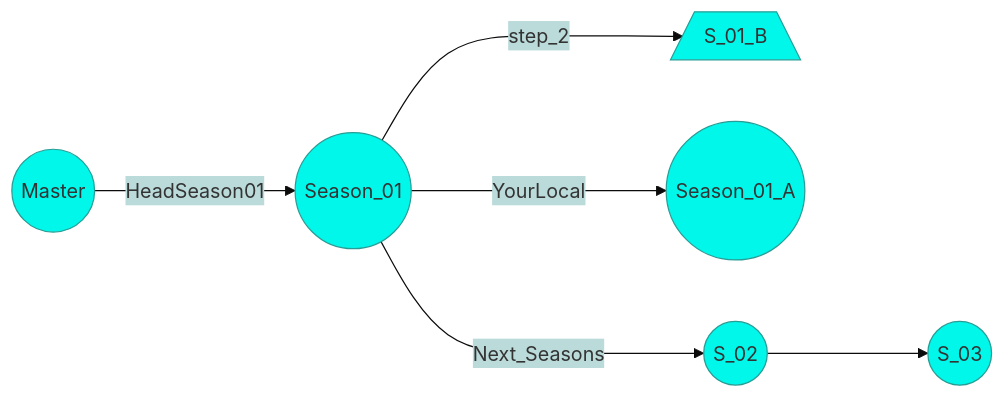
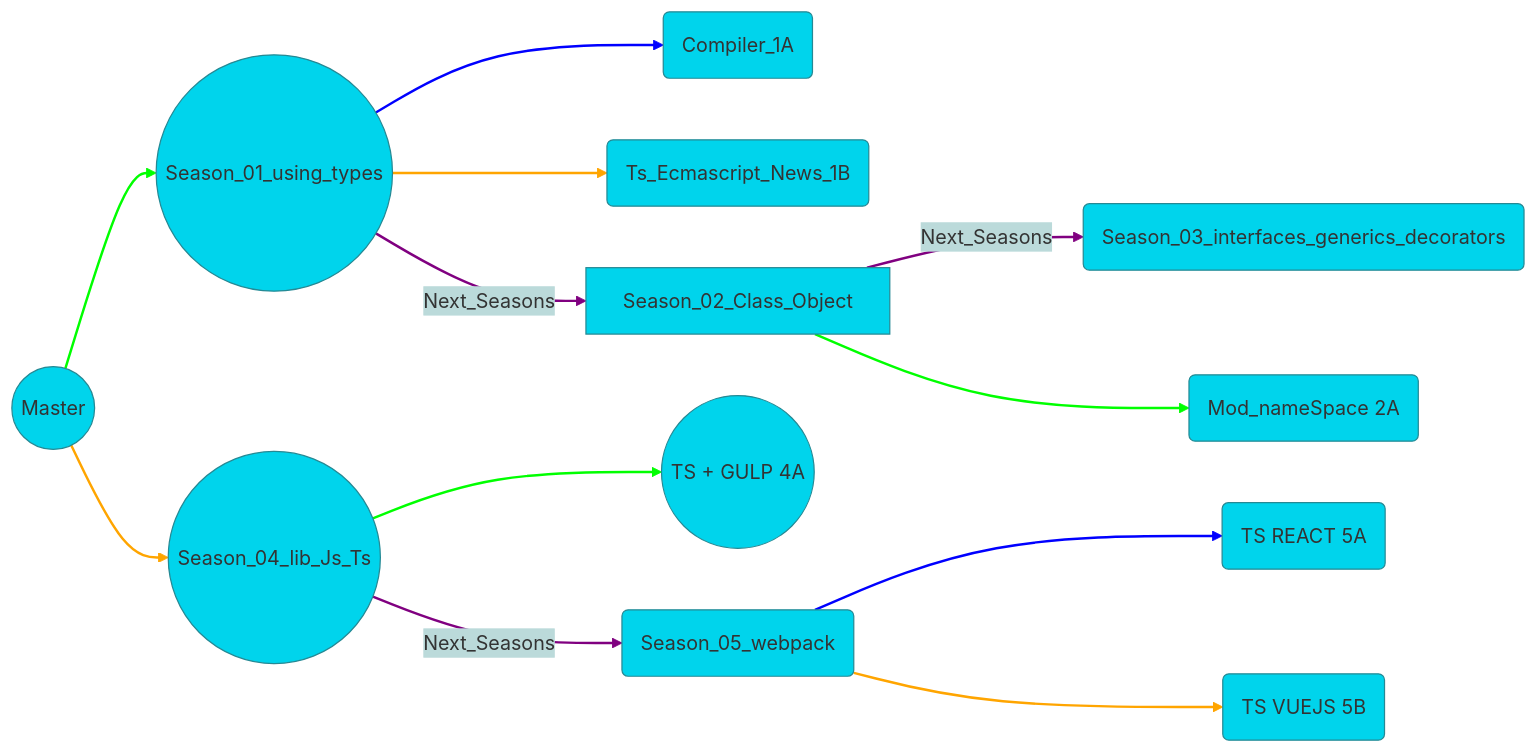
Before and after one commit to TeoNogueira/TypeScript-2022: the diagram in readme.md, drawn with Mermaid. The commit also changed other lines of this file, not shown here.

Commit message:
Branch Map

````diff
--- a/readme.md
+++ b/readme.md
@@ -69,12 +72,34 @@
   ```mermaid
 
-%%{init: {'theme': 'base', 'themeVariables': { 'primaryColor': '#00f7e9', 'edgeLabelBackground':'#bbdada', 'tertiaryColor': '#dcaab9'}}}%%
+%%{init: {'theme': 'base', 'themeVariables': { 'primaryColor': '#00d4ec', 'edgeLabelBackground':'#bbdada', 'tertiaryColor': '#dcaab9'}}}%%
 
 graph LR
+1(Season_01) --> 1A(Compiler_1A) 
+1(Season_01) --> 1B(Ts_Ecmascript_News_1B) 
+A((Master)) --> 1((Season_01_using_types)) -->|Next_Seasons| 2((S_02)) --> |Next_Seasons| 3((S_03))
+2[Season_02_Class_Object]--> 2A(Mod_nameSpace 2A)
 
-A((Master)) -->|HeadSeason01| 1((Season_01)) --->|Next_Seasons| 4((S_02))---> 5((S_03))
- 1((Season_01)) ---> |YourLocal| 3((Season_01_A))
-   1((Season_01)) ---> |step_2| 2[/S_01_B\]
+3(Season_03_interfaces_generics_decorators) 
+4((Season_04_lib_Js_Ts)) --> 4A((TS + GULP 4A))
+A((Master)) --> 4((Season_04_lib_Js_Ts)) -->|Next_Seasons|5(S_05)
 
 
-```
+5(Season_05) --> 5A(TS REACT 5A) 
+5(Season_05_webpack) --> 5B(TS VUEJS 5B)
+
+
+
+     linkStyle 0 stroke-width:2px,fill:none,stroke:blue;
+        linkStyle 1 stroke-width:2px,fill:none,stroke:orange;
+        linkStyle 2 stroke-width:2px,fill:none,stroke:lime;
+        linkStyle 3 stroke-width:2px,fill:none,stroke:purple;
+        linkStyle 4 stroke-width:2px,fill:none,stroke:purple;
+          linkStyle 5 stroke-width:2px,fill:none,stroke:lime;
+          linkStyle 6 stroke-width:2px,fill:none,stroke:lime;
+          linkStyle 7 stroke-width:2px,fill:none,stroke:orange;
+          linkStyle 8 stroke-width:2px,fill:none,stroke:purple;
+          linkStyle 9 stroke-width:2px,fill:none,stroke:blue;
+          linkStyle 10 stroke-width:2px,fill:none,stroke:orange;
+
+
+ ```
````
